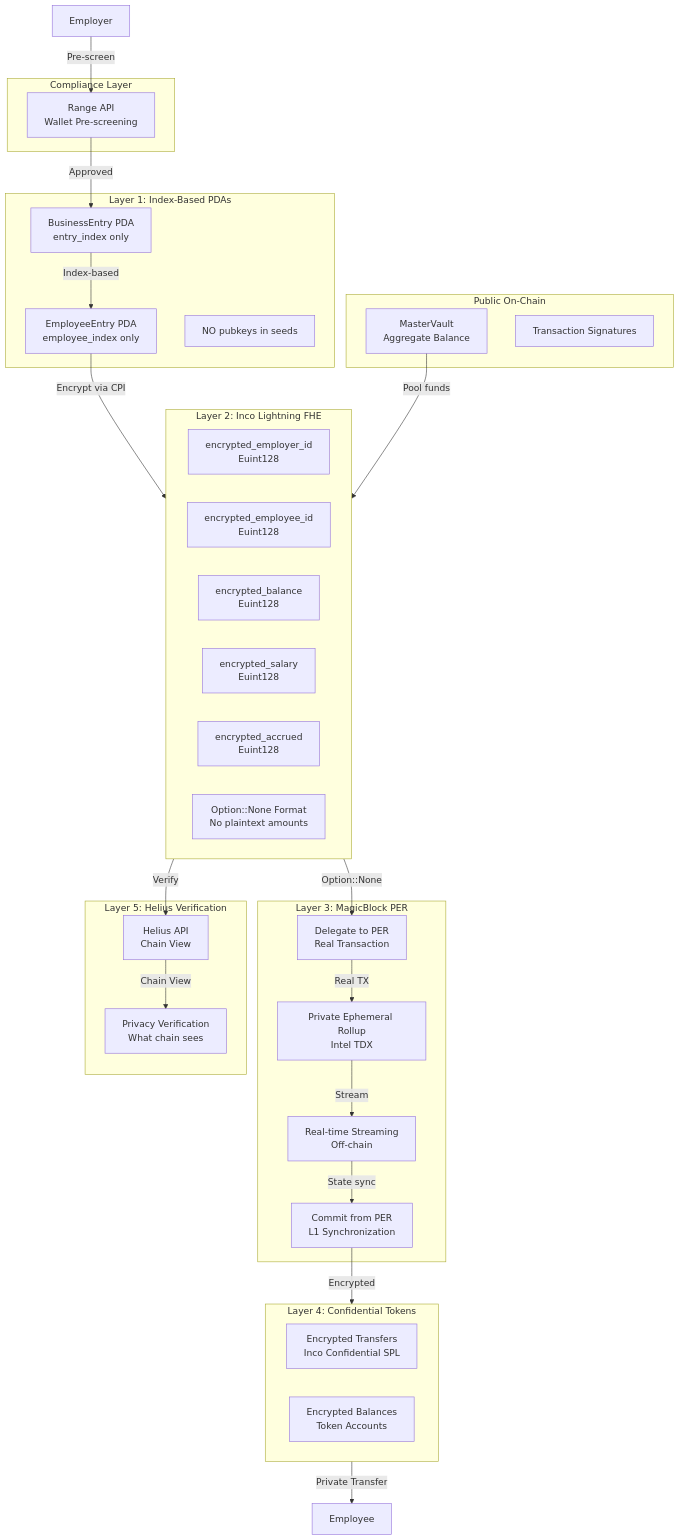
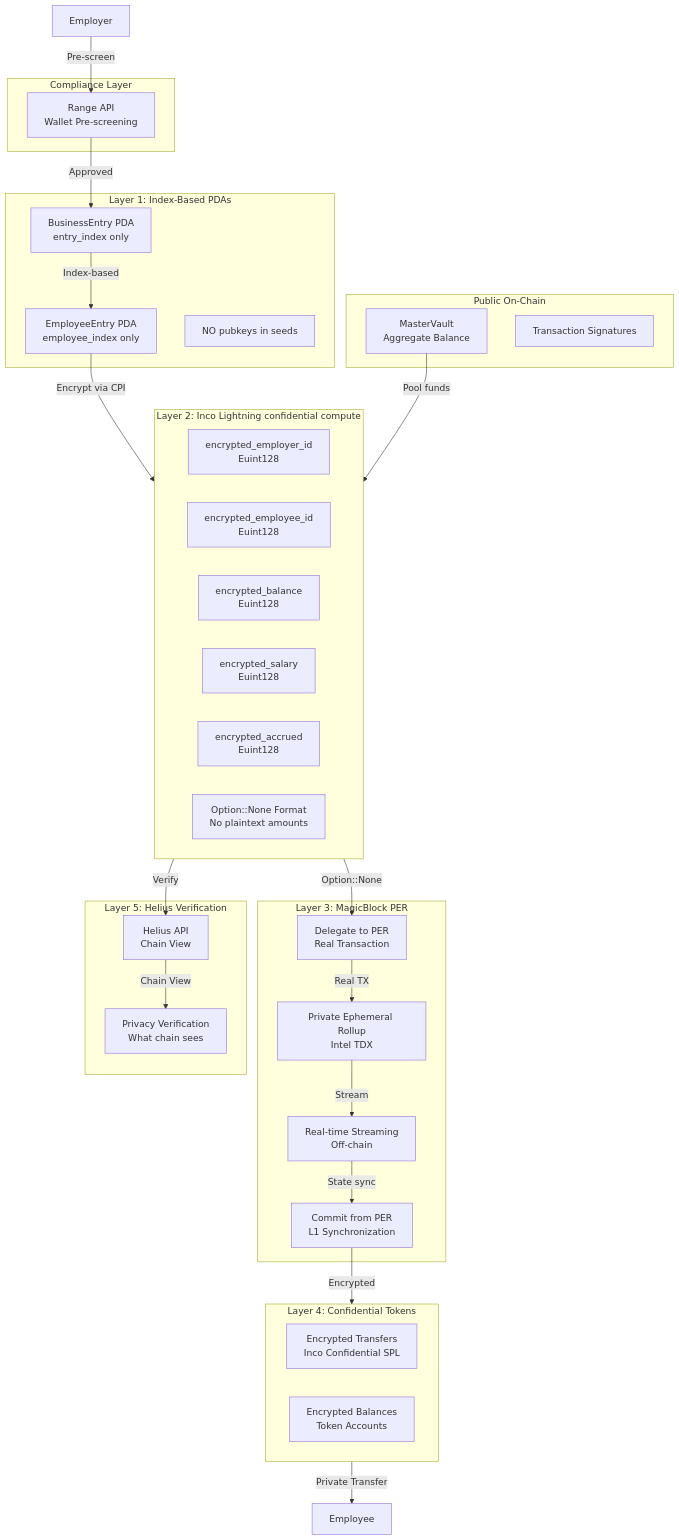
Before and after one commit to ConejoCapital/Bagel: the diagram in README.md, drawn with Mermaid. The commit also changed other lines of this file and 46 other files, not shown here.

First line of the commit message:
fix: replace FHE/homomorphic lingo with "Inco confidential compute"

````diff
--- a/README.md
+++ b/README.md
@@ -50,57 +50,57 @@
 ```mermaid
 flowchart TB
     subgraph Compliance[Compliance Layer]
         RANGE[Range API<br/>Wallet Pre-screening]
     end
 
     subgraph Layer1[Layer 1: Index-Based PDAs]
         PDA1[BusinessEntry PDA<br/>entry_index only]
         PDA2[EmployeeEntry PDA<br/>employee_index only]
         NOID[NO pubkeys in seeds]
     end
 
-    subgraph Layer2[Layer 2: Inco Lightning FHE]
+    subgraph Layer2[Layer 2: Inco Lightning confidential compute]
         EID[encrypted_employer_id<br/>Euint128]
         EMID[encrypted_employee_id<br/>Euint128]
         EBAL[encrypted_balance<br/>Euint128]
         ESAL[encrypted_salary<br/>Euint128]
         EACC[encrypted_accrued<br/>Euint128]
         OPTNONE[Option::None Format<br/>No plaintext amounts]
     end
 
     subgraph Layer3[Layer 3: MagicBlock PER]
         DELEGATE[Delegate to PER<br/>Real Transaction]
         TEE[Private Ephemeral Rollup<br/>Intel TDX]
         STREAM[Real-time Streaming<br/>Off-chain]
         COMMIT[Commit from PER<br/>L1 Synchronization]
     end
 
     subgraph Layer4[Layer 4: Confidential Tokens]
         ENCTRANS[Encrypted Transfers<br/>Inco Confidential SPL]
         ENCBAL[Encrypted Balances<br/>Token Accounts]
     end
 
     subgraph Layer5[Layer 5: Helius Verification]
         HELIUS[Helius API<br/>Chain View]
         VERIFY[Privacy Verification<br/>What chain sees]
     end
 
     subgraph Public[Public On-Chain]
         MV[MasterVault<br/>Aggregate Balance]
         TX[Transaction Signatures]
     end
 
     Employer -->|Pre-screen| RANGE
     RANGE -->|Approved| PDA1
     PDA1 -->|Index-based| PDA2
     PDA2 -->|Encrypt via CPI| Layer2
     Layer2 -->|Option::None| DELEGATE
     DELEGATE -->|Real TX| TEE
     TEE -->|Stream| STREAM
     STREAM -->|State sync| COMMIT
     COMMIT -->|Encrypted| Layer4
     Layer4 -->|Private Transfer| Employee
     Layer2 -->|Verify| HELIUS
     HELIUS -->|Chain View| VERIFY
     MV -->|Pool funds| Layer2
 ```
````
